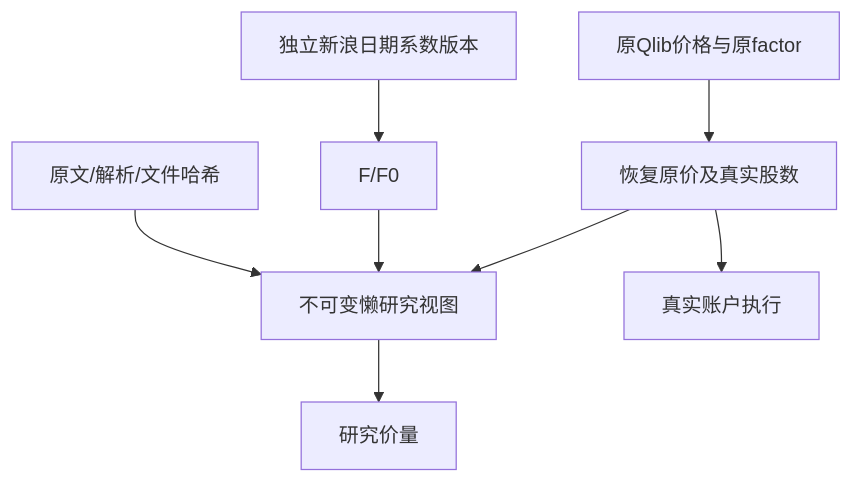
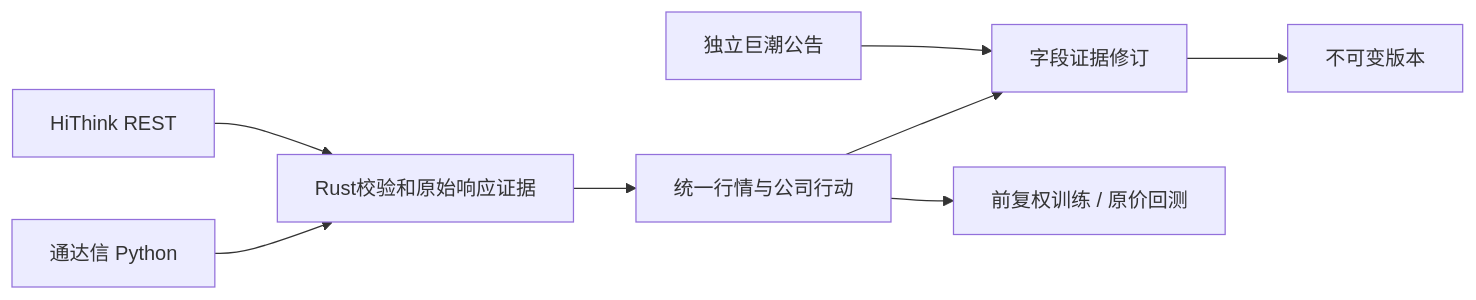
Before and after one commit to Dennishaha/JFQuant: the third of 3 diagrams in crates/storage/README.md, drawn with Mermaid. The commit also changed other lines of this file and 72 other files, not shown here.

````diff
--- a/crates/storage/README.md
+++ b/crates/storage/README.md
@@ -264,10 +112,10 @@
 ```mermaid
-flowchart TD
-  Q[原Qlib价格与原factor] --> R[恢复原价及真实股数]
-  S[独立新浪日期系数版本] --> K[F/F0]
-  R --> V[不可变懒研究视图]
-  K --> V
-  V --> T[研究价量]
-  R --> E[真实账户执行]
-  H[原文/解析/文件哈希] --> V
+flowchart LR
+  H[HiThink REST] --> R[Rust校验和原始响应证据]
+  T[通达信 Python] --> R
+  R --> M[统一行情与公司行动]
+  C[独立巨潮公告] --> E[字段证据修订]
+  M --> E
+  E --> V[不可变版本]
+  M --> F[前复权训练 / 原价回测]
 ```
````
